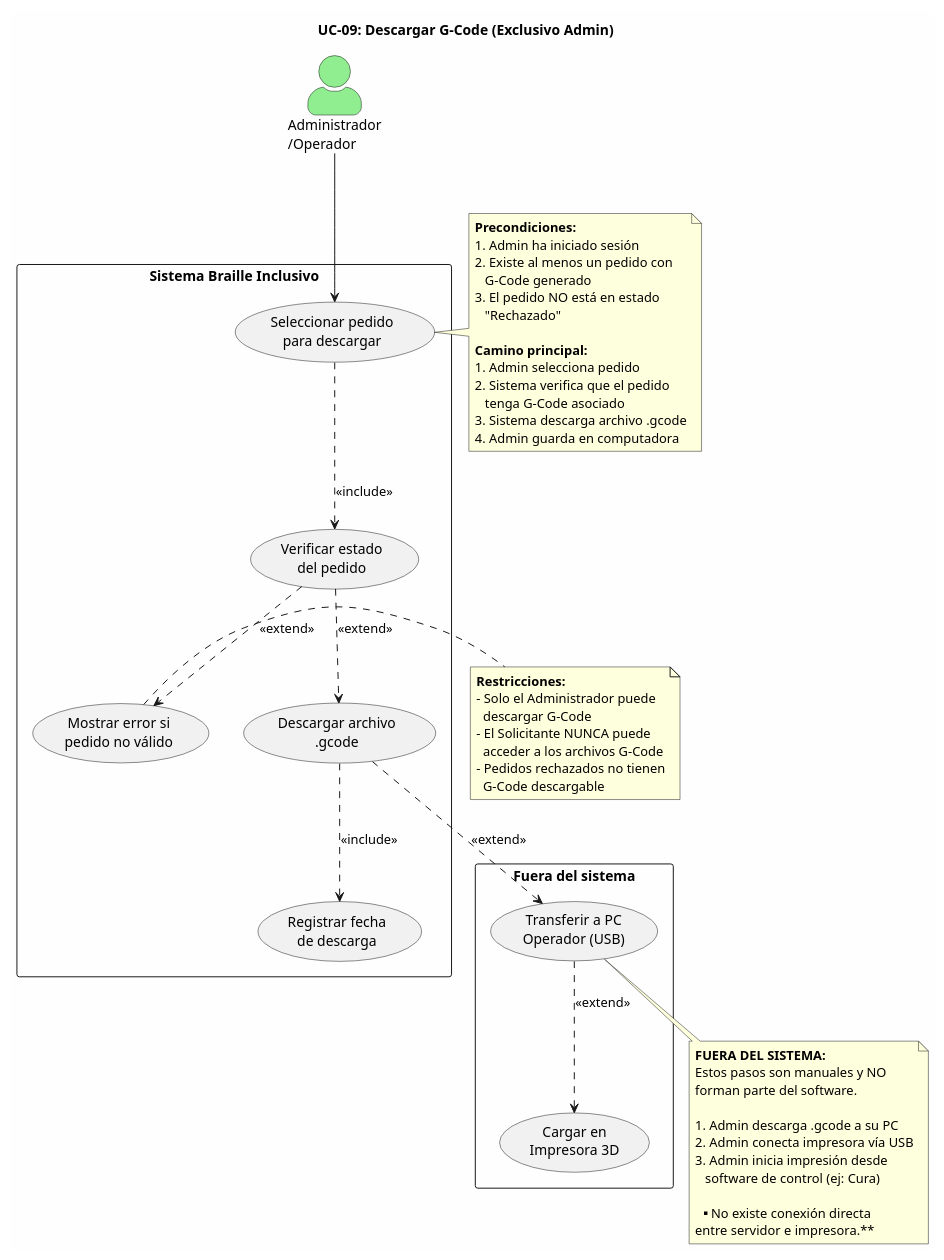
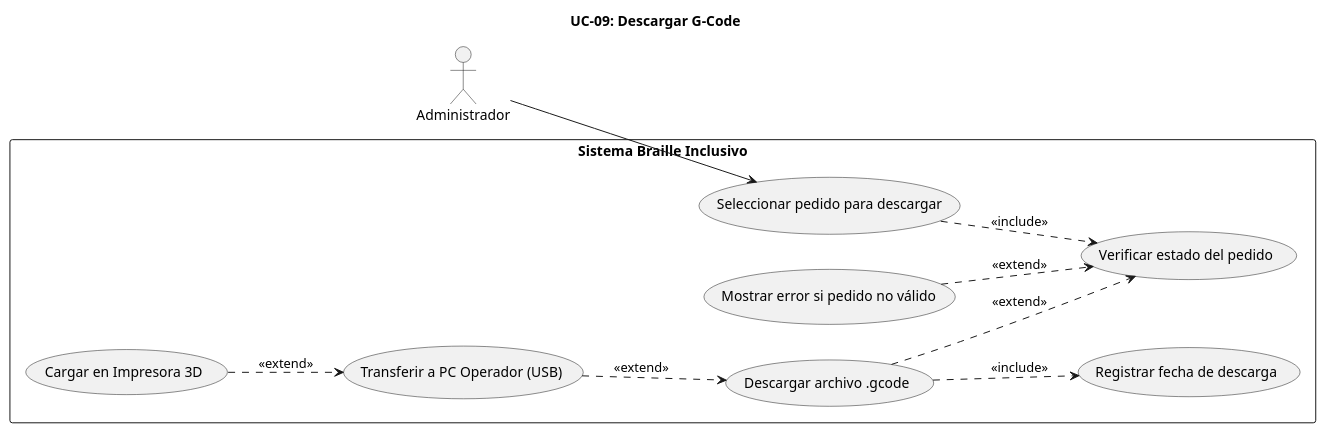
The diagram in docs/casos_de_uso/plantuml/UC09_descargar_gcode.puml (ArlTechDev/sistema-3d-inclusivo), drawn with PlantUML before and after one commit. The commit also changed 53 other files, not shown here.

Commit message:
docs(casos): diagramas UML 2.5 académicos B/N (extend corregido, sin actor Sistema, escenarios fuera) + PNG/SVG

```diff
--- a/docs/casos_de_uso/plantuml/UC09_descargar_gcode.puml
+++ b/docs/casos_de_uso/plantuml/UC09_descargar_gcode.puml
@@ -1,86 +1,31 @@
 @startuml UC09_Descargar_GCode
-' =============================================
-' UC-09: Descargar G-Code
-' Módulo 3/4: Gestión de Pedidos / Catálogo Digital
-' Actor: Administrador/Operador
-' FLUJO: Servidor → PC Operador → Impresora 3D (USB)
-' =============================================
+title UC-09: Descargar G-Code
 
-skinparam actorStyle awesome
-skinparam packageStyle rectangle
-skinparam backgroundColor #FEFEFE
+skinparam monochrome true
 skinparam shadowing false
+skinparam backgroundColor white
 
-title UC-09: Descargar G-Code (Exclusivo Admin)
+left to right direction
 
-' === ACTORES ===
-actor "Administrador\n/Operador" as A #LightGreen
+actor "Administrador" as A
 
-' === SISTEMA ===
 rectangle "Sistema Braille Inclusivo" {
-
-    usecase "Seleccionar pedido\npara descargar" as UC09a
-    usecase "Verificar estado\ndel pedido" as UC09b
-    usecase "Descargar archivo\n.gcode" as UC09c
-    usecase "Mostrar error si\npedido no válido" as UC09d
-    usecase "Registrar fecha\nde descarga" as UC09e
-
+    usecase "Seleccionar pedido para descargar" as UC09a
+    usecase "Verificar estado del pedido" as UC09b
+    usecase "Descargar archivo .gcode" as UC09c
+    usecase "Mostrar error si pedido no válido" as UC09d
+    usecase "Registrar fecha de descarga" as UC09e
+    usecase "Transferir a PC Operador (USB)" as UC09f
+    usecase "Cargar en Impresora 3D" as UC09g
 }
 
-' === ACTORES EXTERNOS ===
-rectangle "Fuera del sistema" as EXT {
-    usecase "Transferir a PC\nOperador (USB)" as UC09f
-    usecase "Cargar en\nImpresora 3D" as UC09g
-}
+A --> UC09a
 
-' === CONEXIONES ===
-A --> UC09a
 UC09a ..> UC09b : <<include>>
-UC09b ..> UC09c : <<extend>>
-UC09b ..> UC09d : <<extend>>
+UC09c ..> UC09b : <<extend>>
+UC09d ..> UC09b : <<extend>>
 UC09c ..> UC09e : <<include>>
-UC09c ..> UC09f : <<extend>>
-UC09f ..> UC09g : <<extend>>
-
-' === NOTAS ===
-note right of UC09a
-  **Precondiciones:**
-  1. Admin ha iniciado sesión
-  2. Existe al menos un pedido con
-     G-Code generado
-  3. El pedido NO está en estado
-     "Rechazado"
-
-  **Camino principal:**
-  1. Admin selecciona pedido
-  2. Sistema verifica que el pedido
-     tenga G-Code asociado
-  3. Sistema descarga archivo .gcode
-  4. Admin guarda en computadora
-end note
-
-note right of UC09d
-  **Restricciones:**
-  - Solo el Administrador puede
-    descargar G-Code
-  - El Solicitante NUNCA puede
-    acceder a los archivos G-Code
-  - Pedidos rechazados no tienen
-    G-Code descargable
-end note
-
-note bottom of UC09f
-  **FUERA DEL SISTEMA:**
-  Estos pasos son manuales y NO
-  forman parte del software.
-
-  1. Admin descarga .gcode a su PC
-  2. Admin conecta impresora vía USB
-  3. Admin inicia impresión desde
-     software de control (ej: Cura)
-
-  **No existe conexión directa
-  entre servidor e impresora.**
-end note
+UC09f ..> UC09c : <<extend>>
+UC09g ..> UC09f : <<extend>>
 
 @enduml
```
